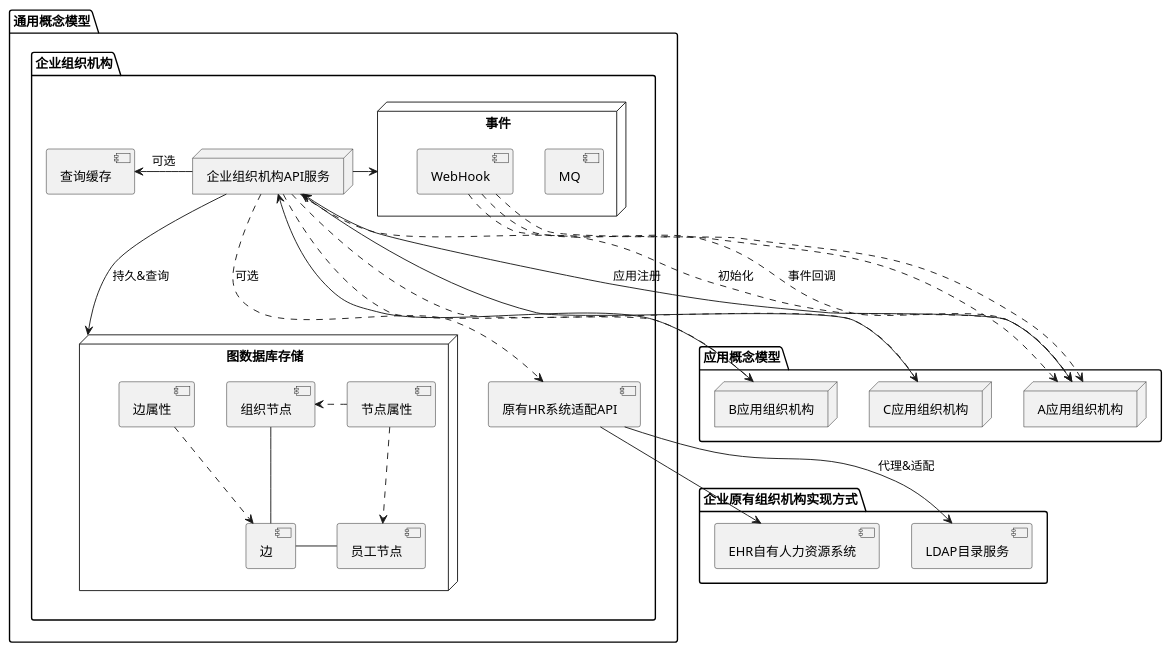
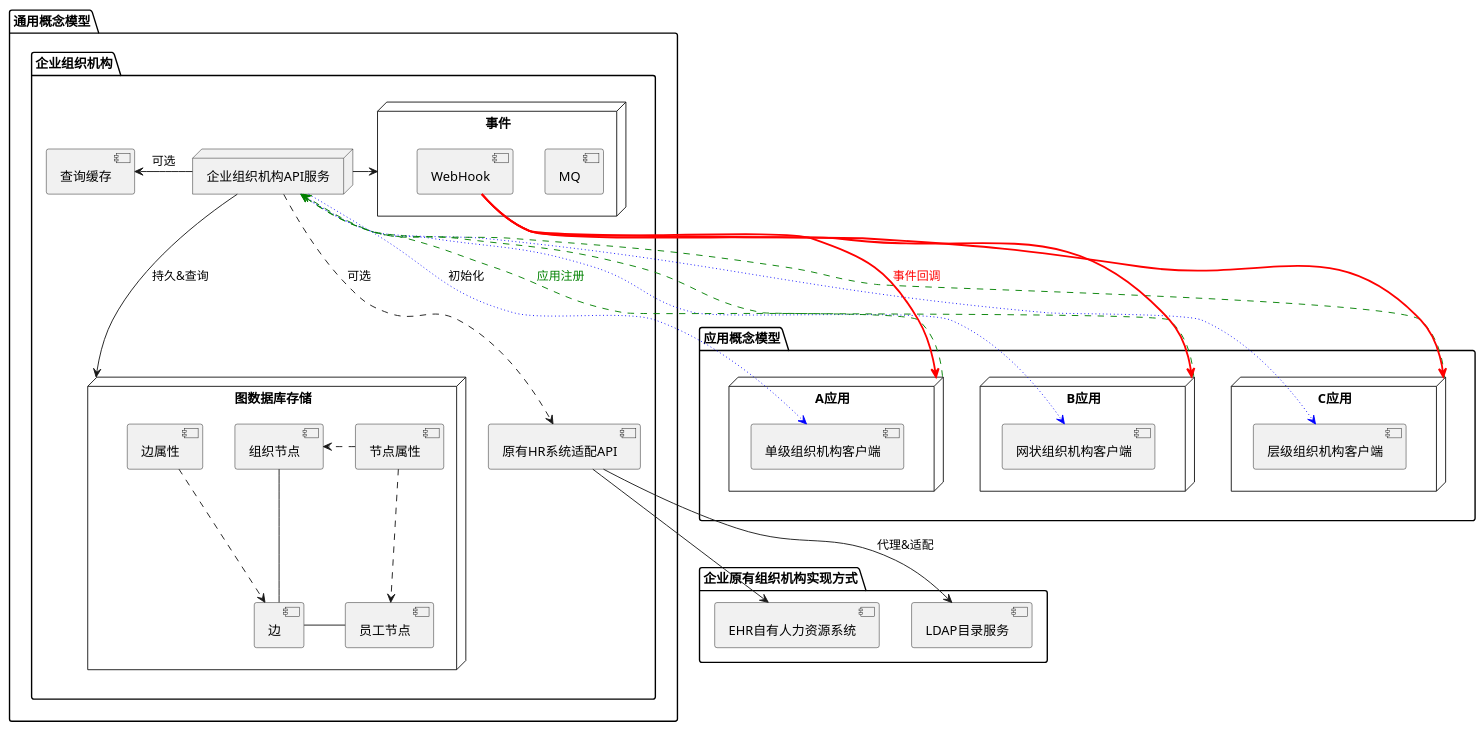
The diagram in kube_k5s/K5S概念模型/通用模块模型/企业组织机构概念模型.md (diaonannan1234/cloundNetiveDesing), drawn with PlantUML before and after one commit. The commit also changed 15 other files, not shown here.

````diff
--- a/kube_k5s/K5S概念模型/通用模块模型/企业组织机构概念模型.md
+++ b/kube_k5s/K5S概念模型/通用模块模型/企业组织机构概念模型.md
@@ -2,71 +2,74 @@
 ``` plantuml 
 @startuml
    
  package 通用概念模型 as c0 {
     package 企业组织机构 as r {
     node "企业组织机构API服务" as r0 {
        
     }
       [查询缓存] as r1
       
      node 事件 as r2 {
         [MQ] as r20
         [WebHook] as r21
      }
      node 图数据库存储 as r5 {
      
          [组织节点] as r50
          [员工节点] as r51
          [边] as r52
          [边属性] as r53
          [节点属性] as r54
          
          r50 -- r52
          r52 - r51
          r53 ..> r52
          r54 .> r50
          r54 .> r51
      }
      [原有HR系统适配API] as r4      
 
    }
    r1 <- r0 : 可选
    r0 -> r2
  } 
  
   package 企业原有组织机构实现方式 as t {
     [LDAP目录服务] as t0
     [EHR自有人力资源系统] as t1
   }
  
   r4 --> t0 : 代理&适配
   r4 --> t1
   package 应用概念模型 as u {
-    node "A应用组织机构" as u0 {
-     
+     node "A应用" as u0  {
+         [单级组织机构客户端] as u00
+      }   
+     node "B应用" as u1 {
+         [网状组织机构客户端] as u10    
       }
       
-     node "B应用组织机构" as u1 {
-     
-      }
-      
-      node "C应用组织机构" as u2 {
-     
+      node "C应用" as u2 {
+         [层级组织机构客户端] as u20
       }
   } 
   
   r0 ---> r5 : 持久&查询
   r0 ...> r4 : 可选
-  r0 ...> u0 : 初始化
-  r0 ...> u1
-  r0 ...> u2
   
-  u0 ---> r0 : 应用注册
-  u1 ---> r0
-  u2 ---> r0
+  r0 ...> u00 #line:blue;line.dotted : 初始化
+  r0 ...> u10 #line:blue;line.dotted
+  r0 ...> u20 #line:blue;line.dotted
+  
+  u0 ---> r0 #line:green;line.dashed;text:green : 应用注册
+  u1 ---> r0 #line:green;line.dashed;text:green
+  u2 ---> r0 #line:green;line.dashed;text:green
  
-  r21 ...> u0 : 事件回调
-  r21 ...> u0
-  r21 ...> u0
+  r21 ...> u0 #line:red;line.bold;text:red : 事件回调
+  r21 ...> u1 #line:red;line.bold;text:red 
+  r21 ...> u2 #line:red;line.bold;text:red 
+  
+  
+
 @enduml
 ```
````
